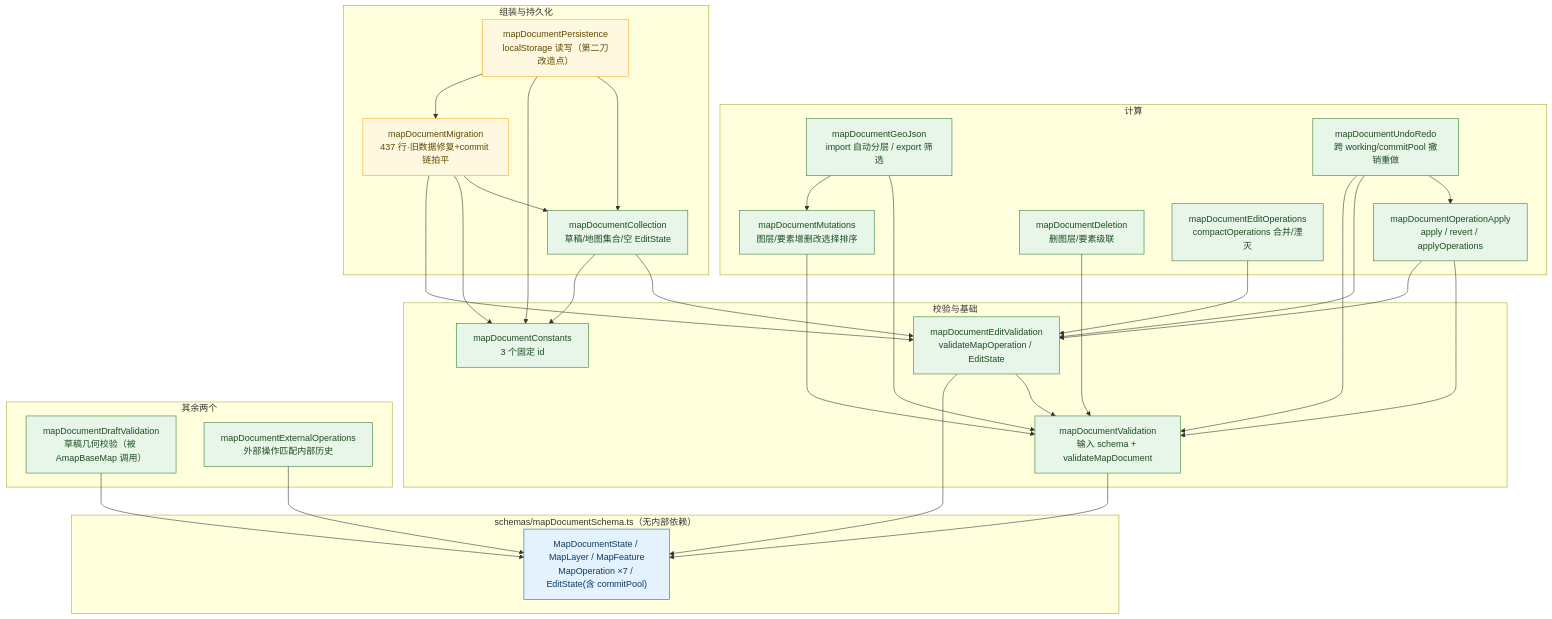
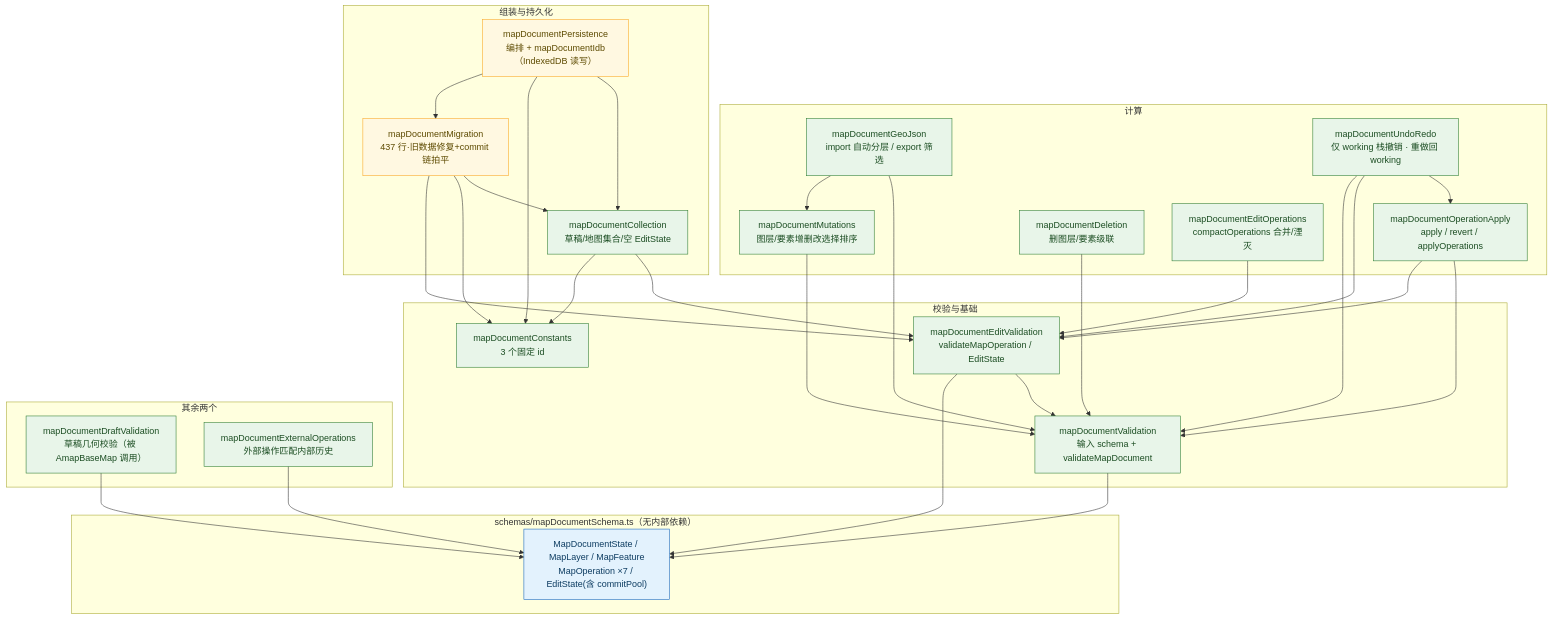
The sixth of 10 diagrams in docs/前后端详细架构.md (huahuajiji/agentgis-frontend), drawn with Mermaid before and after one commit. The commit also changed other lines of this file and 14 other files, not shown here.

First line of the commit message:
feat: 2a —— 持久化层从 localStorage 换为 IndexedDB

````diff
--- a/docs/前后端详细架构.md
+++ b/docs/前后端详细架构.md
@@ -173,63 +173,63 @@
 ```mermaid
 flowchart TB
     subgraph SCHEMA["schemas/mapDocumentSchema.ts（无内部依赖）"]
         Z["MapDocumentState / MapLayer / MapFeature<br/>MapOperation ×7 / EditState(含 commitPool)"]
     end
 
     subgraph BASE["校验与基础"]
         V["mapDocumentValidation<br/>输入 schema + validateMapDocument"]
         EV["mapDocumentEditValidation<br/>validateMapOperation / EditState"]
         C["mapDocumentConstants<br/>3 个固定 id"]
     end
 
     subgraph CALC["计算"]
         AP["mapDocumentOperationApply<br/>apply / revert / applyOperations"]
         MUT["mapDocumentMutations<br/>图层/要素增删改选择排序"]
         DEL["mapDocumentDeletion<br/>删图层/要素级联"]
         GJ["mapDocumentGeoJson<br/>import 自动分层 / export 筛选"]
         CO["mapDocumentEditOperations<br/>compactOperations 合并/湮灭"]
-        UR["mapDocumentUndoRedo<br/>跨 working/commitPool 撤销重做"]
+        UR["mapDocumentUndoRedo<br/>仅 working 栈撤销 · 重做回 working"]
     end
 
     subgraph ASSEMBLE["组装与持久化"]
         COL["mapDocumentCollection<br/>草稿/地图集合/空 EditState"]
         MIG["mapDocumentMigration<br/>437 行·旧数据修复+commit 链拍平"]
-        PER["mapDocumentPersistence<br/>localStorage 读写（第二刀改造点）"]
+        PER["mapDocumentPersistence<br/>编排 + mapDocumentIdb（IndexedDB 读写）"]
     end
 
     subgraph OTHER["其余两个"]
         DVAL["mapDocumentDraftValidation<br/>草稿几何校验（被 AmapBaseMap 调用）"]
         EXTO["mapDocumentExternalOperations<br/>外部操作匹配内部历史"]
     end
 
     EV --> V
     AP --> V
     AP --> EV
     MUT --> V
     DEL --> V
     GJ --> V
     GJ --> MUT
     CO --> EV
     UR --> AP
     UR --> EV
     UR --> V
     COL --> EV
     COL --> C
     MIG --> COL
     MIG --> C
     MIG --> EV
     PER --> COL
     PER --> C
     PER --> MIG
     DVAL --> Z
     EXTO --> Z
     V --> Z
     EV --> Z
 
     classDef schema fill:#e3f2fd,stroke:#1565c0,color:#0d3c61;
     classDef core fill:#e8f5e9,stroke:#2e7d32,color:#1b4d22;
     classDef io fill:#fff8e1,stroke:#f9a825,color:#5d4a00;
     class Z schema;
     class V,EV,C,AP,MUT,DEL,GJ,CO,UR,COL,DVAL,EXTO core;
     class MIG,PER io;
 ```
````
